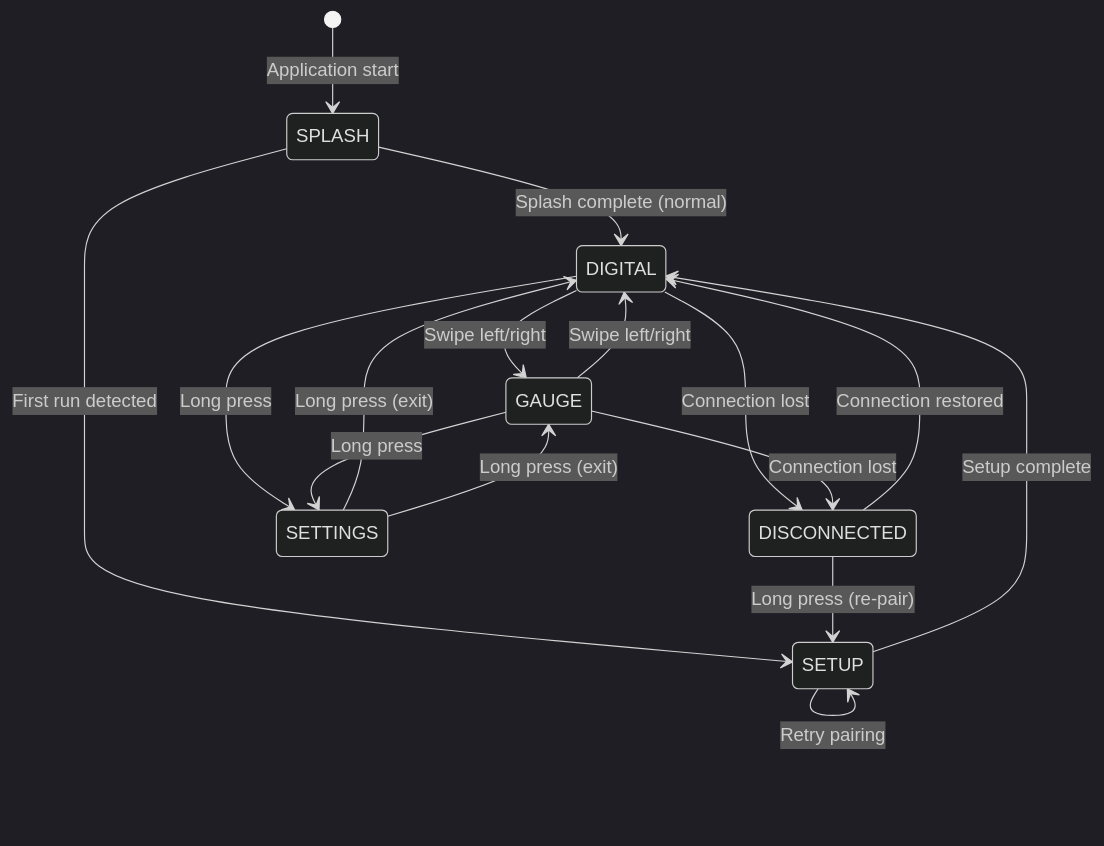
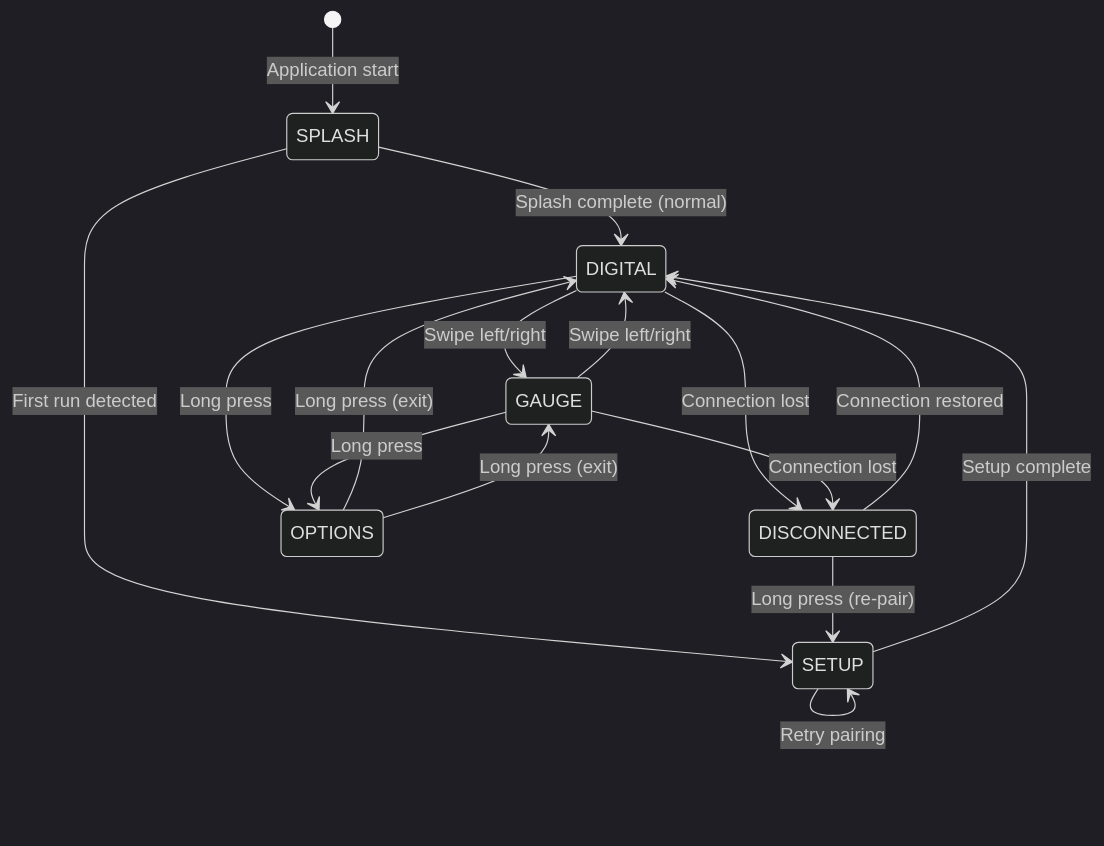
Before and after one commit to William12556/GTach: the second of 4 diagrams in workspace/design/design-2c6b8e4d-domain_display.md, drawn with Mermaid (dark theme). The commit also changed other lines of this file and 3 other files, not shown here.

First line of the commit message:
docs: revise gesture design and rename SETTINGS to OPTIONS

````diff
--- a/workspace/design/design-2c6b8e4d-domain_display.md
+++ b/workspace/design/design-2c6b8e4d-domain_display.md
@@ -611,24 +611,24 @@
 ```mermaid
 stateDiagram-v2
     [*] --> SPLASH: Application start
     
     SPLASH --> DIGITAL: Splash complete (normal)
     SPLASH --> SETUP: First run detected
     
     SETUP --> DIGITAL: Setup complete
     SETUP --> SETUP: Retry pairing
     
     DIGITAL --> GAUGE: Swipe left/right
     GAUGE --> DIGITAL: Swipe left/right
     
     DIGITAL --> DISCONNECTED: Connection lost
     GAUGE --> DISCONNECTED: Connection lost
     DISCONNECTED --> DIGITAL: Connection restored
     DISCONNECTED --> SETUP: Long press (re-pair)
     
-    DIGITAL --> SETTINGS: Long press
-    GAUGE --> SETTINGS: Long press
+    DIGITAL --> OPTIONS: Long press
+    GAUGE --> OPTIONS: Long press
     
-    SETTINGS --> DIGITAL: Long press (exit)
-    SETTINGS --> GAUGE: Long press (exit)
+    OPTIONS --> DIGITAL: Long press (exit)
+    OPTIONS --> GAUGE: Long press (exit)
 ```
````
